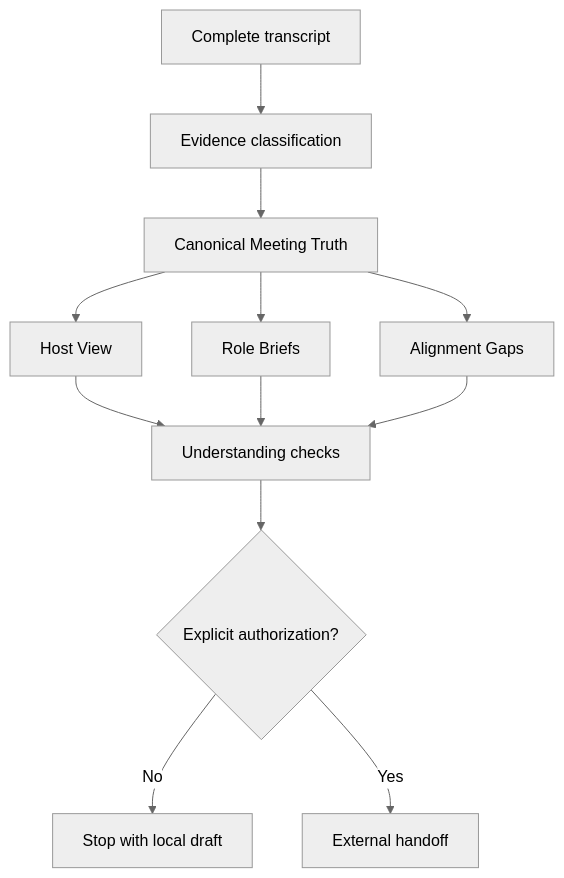
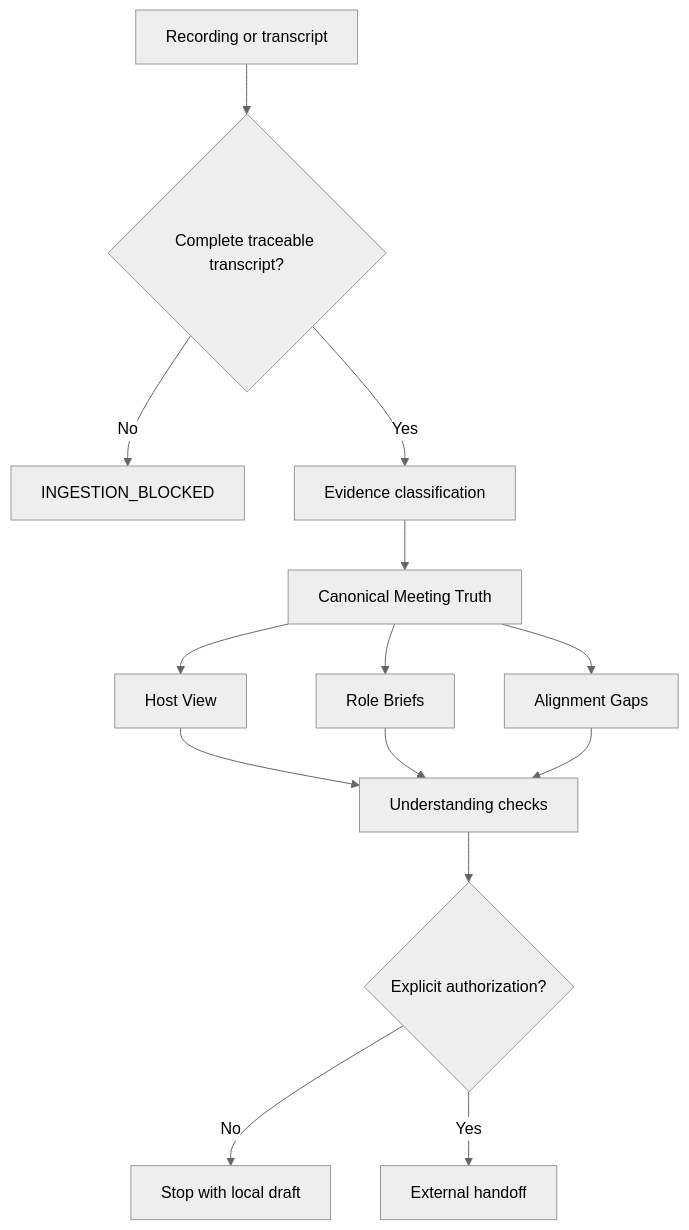
The diagram in docs/architecture.md (chiwinzhong/meeting-align), drawn with Mermaid (neutral theme) before and after one commit. The commit also changed other lines of this file and 22 other files, not shown here.

````diff
--- a/docs/architecture.md
+++ b/docs/architecture.md
@@ -5,14 +5,16 @@
 ```mermaid
 flowchart TD
-    A["Complete transcript"] --> B["Evidence classification"]
-    B --> C["Canonical Meeting Truth"]
-    C --> D["Host View"]
-    C --> E["Role Briefs"]
-    C --> F["Alignment Gaps"]
-    D --> G["Understanding checks"]
-    E --> G
-    F --> G
-    G --> H{"Explicit authorization?"}
-    H -- "No" --> I["Stop with local draft"]
-    H -- "Yes" --> J["External handoff"]
+    A["Recording or transcript"] --> B{"Complete traceable transcript?"}
+    B -- "No" --> X["INGESTION_BLOCKED"]
+    B -- "Yes" --> C["Evidence classification"]
+    C --> D["Canonical Meeting Truth"]
+    D --> E["Host View"]
+    D --> F["Role Briefs"]
+    D --> G["Alignment Gaps"]
+    E --> H["Understanding checks"]
+    F --> H
+    G --> H
+    H --> I{"Explicit authorization?"}
+    I -- "No" --> J["Stop with local draft"]
+    I -- "Yes" --> K["External handoff"]
 ```
````
